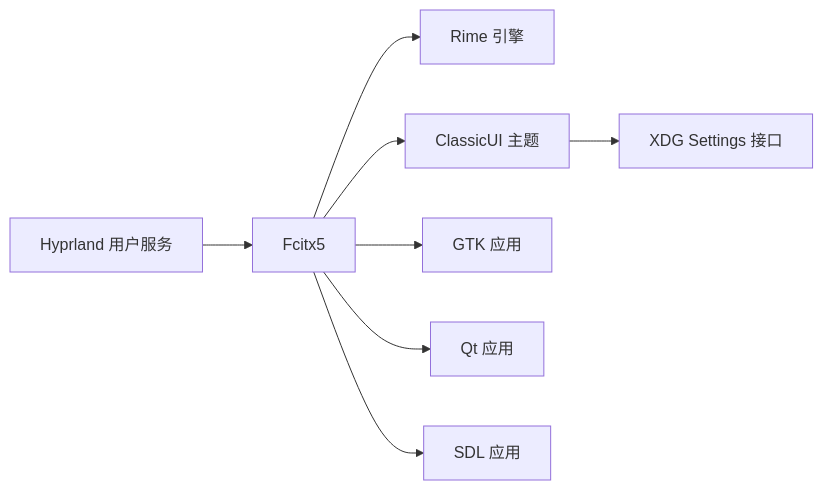
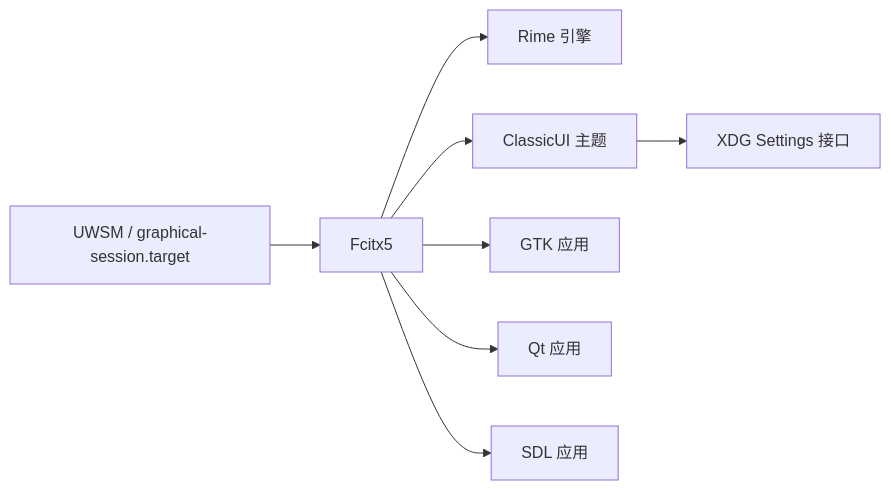
One commit to Shangshui0302/myNixOSConfig changed the second of 2 diagrams in wiki/desktop/fcitx5.md. Above: the diagram before and after it, drawn with Mermaid. The commit also changed other lines of this file and 4 other files, not shown here.

````diff
--- a/wiki/desktop/fcitx5.md
+++ b/wiki/desktop/fcitx5.md
@@ -92,10 +98,10 @@
 ```mermaid
 graph LR
 IM["Fcitx5"] --> RIME["Rime 引擎"]
 IM --> THEME["ClassicUI 主题"]
 THEME --> PORTAL["XDG Settings 接口"]
 IM --> GTK["GTK 应用"]
 IM --> QT["Qt 应用"]
 IM --> SDL["SDL 应用"]
-USER["Hyprland 用户服务"] --> IM
+SESSION["UWSM / graphical-session.target"] --> IM
 ```
````
